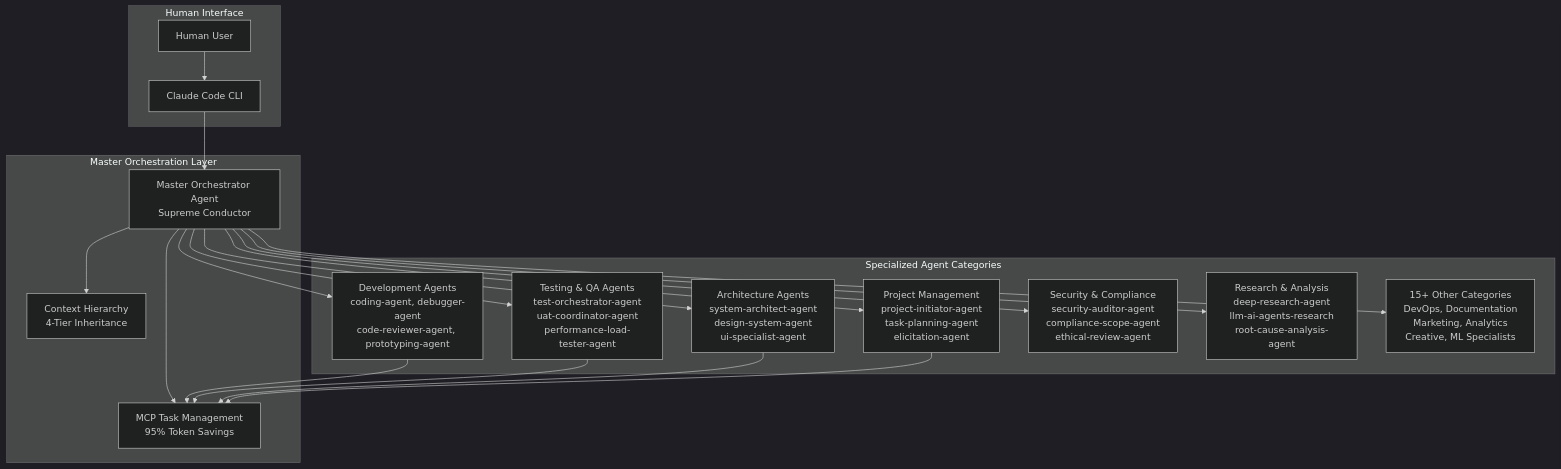
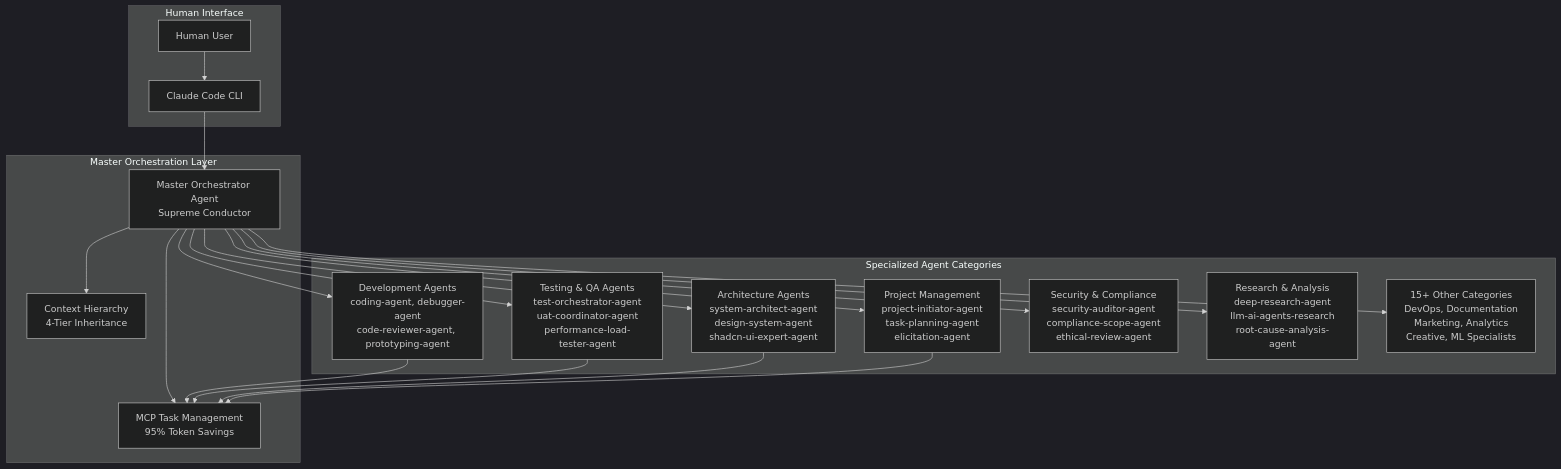
Before and after one commit to phamhung075/4genthub: the first of 3 diagrams in ai_docs/core-architecture/agent-orchestration-architecture.md, drawn with Mermaid (dark theme). The commit also changed other lines of this file and 65 other files, not shown here.

First line of the commit message:
refactor: rename ui-specialist-agent to shadcn-ui-expert-agent across the project

````diff
--- a/ai_docs/core-architecture/agent-orchestration-architecture.md
+++ b/ai_docs/core-architecture/agent-orchestration-architecture.md
@@ -24,47 +24,47 @@
 ```mermaid
 graph TD
     subgraph "Human Interface"
         USER[Human User]
         CLAUDE_CLI[Claude Code CLI]
     end
     
     subgraph "Master Orchestration Layer"
         MASTER[Master Orchestrator Agent<br/>Supreme Conductor]
         TASK_MGR[MCP Task Management<br/>95% Token Savings]
         CONTEXT_SYS[Context Hierarchy<br/>4-Tier Inheritance]
     end
     
     subgraph "Specialized Agent Categories"
         DEV_AGENTS[Development Agents<br/>coding-agent, debugger-agent<br/>code-reviewer-agent, prototyping-agent]
         
         TEST_AGENTS[Testing & QA Agents<br/>test-orchestrator-agent<br/>uat-coordinator-agent<br/>performance-load-tester-agent]
         
-        ARCH_AGENTS[Architecture Agents<br/>system-architect-agent<br/>design-system-agent<br/>ui-specialist-agent]
+        ARCH_AGENTS[Architecture Agents<br/>system-architect-agent<br/>design-system-agent<br/>shadcn-ui-expert-agent]
         
         PROJECT_AGENTS[Project Management<br/>project-initiator-agent<br/>task-planning-agent<br/>elicitation-agent]
         
         SECURITY_AGENTS[Security & Compliance<br/>security-auditor-agent<br/>compliance-scope-agent<br/>ethical-review-agent]
         
         RESEARCH_AGENTS[Research & Analysis<br/>deep-research-agent<br/>llm-ai-agents-research<br/>root-cause-analysis-agent]
         
         OTHER_AGENTS[15+ Other Categories<br/>DevOps, Documentation<br/>Marketing, Analytics<br/>Creative, ML Specialists]
     end
     
     USER --> CLAUDE_CLI
     CLAUDE_CLI --> MASTER
     MASTER --> TASK_MGR
     MASTER --> CONTEXT_SYS
     
     MASTER --> DEV_AGENTS
     MASTER --> TEST_AGENTS
     MASTER --> ARCH_AGENTS
     MASTER --> PROJECT_AGENTS
     MASTER --> SECURITY_AGENTS
     MASTER --> RESEARCH_AGENTS
     MASTER --> OTHER_AGENTS
     
     DEV_AGENTS --> TASK_MGR
     TEST_AGENTS --> TASK_MGR
     ARCH_AGENTS --> TASK_MGR
     PROJECT_AGENTS --> TASK_MGR
 ```
````
